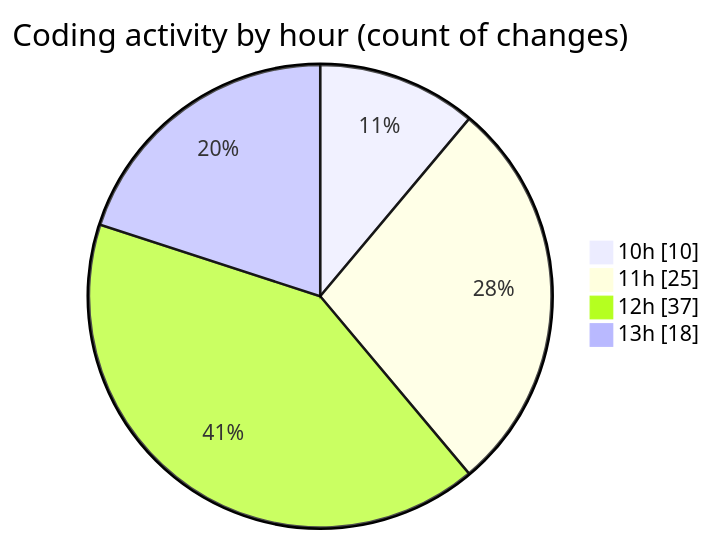
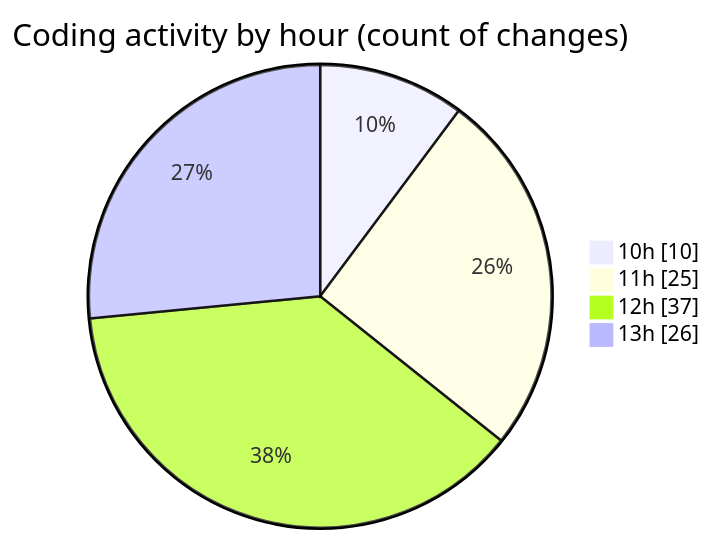
The second of 2 diagrams in 2026-05-21/pdf_invoice/README.md (momahboobian/code-tracking), drawn with Mermaid before and after one commit. The commit also changed other lines of this file and 1 other file, not shown here.

````diff
--- a/2026-05-21/pdf_invoice/README.md
+++ b/2026-05-21/pdf_invoice/README.md
@@ -35,8 +35,8 @@
 ```mermaid
 pie showData
 title Coding activity by hour (count of changes)
 "10h" : 10
 "11h" : 25
 "12h" : 37
-"13h" : 18
+"13h" : 26
 ```
````
